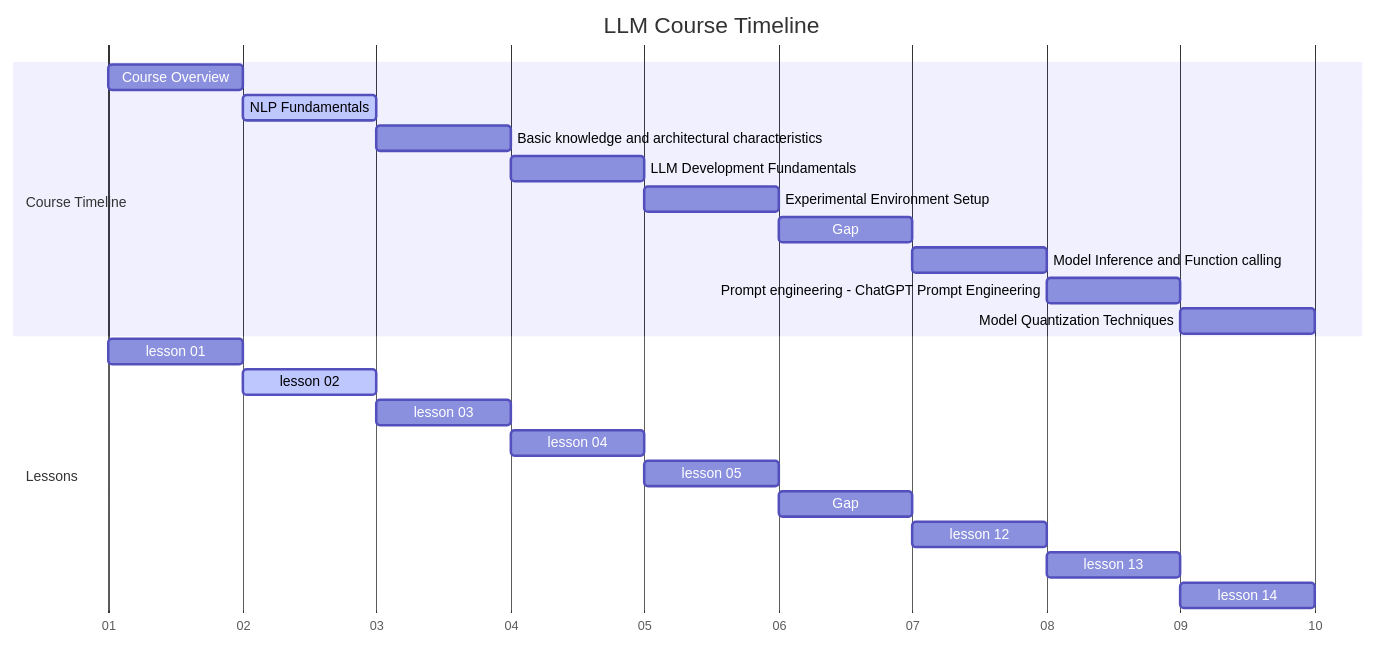
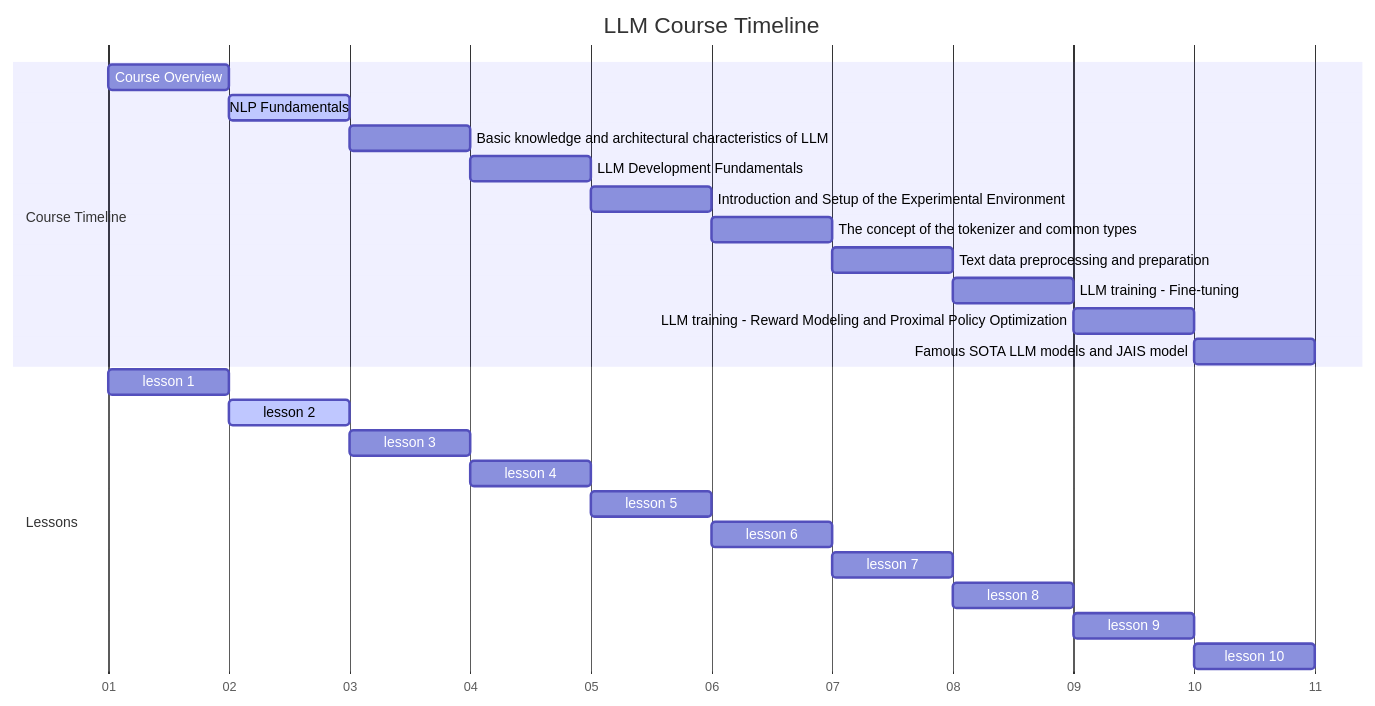
Before and after one commit to chenxingqiang/llm-course-chen: the first of 2 diagrams in notebooks/md/lesson_02_NLP_Fundamentals.md, drawn with Mermaid. The commit also changed other lines of this file and 10 other files, not shown here.

````diff
--- a/notebooks/md/lesson_02_NLP_Fundamentals.md
+++ b/notebooks/md/lesson_02_NLP_Fundamentals.md
@@ -3,26 +3,28 @@
 ```mermaid
 gantt
     title LLM Course Timeline
     dateFormat X
     axisFormat %d
     section Course Timeline
-    Course Overview                                     :a1, 0, 1d
-    NLP Fundamentals                                    :active,a2, after a1, 1d
-    Basic knowledge and architectural characteristics   :a3, after a2, 1d
-    LLM Development Fundamentals                        :a4, after a3, 1d
-    Experimental Environment Setup                      :a5, after a4, 1d
-    Gap                                                 :a6, after a5, 1d
-    Model Inference and Function calling                :a12, after a6, 1d
-    Prompt engineering - ChatGPT Prompt Engineering     :a13, after a12, 1d
-    Model Quantization Techniques                       :a14, after a13, 1d
+    Course Overview                                    :a1, 0, 1d
+    NLP Fundamentals                                   :active,a2, after a1, 1d
+    Basic knowledge and architectural characteristics of LLM :a3, after a2, 1d
+    LLM Development Fundamentals                       :a4, after a3, 1d
+    Introduction and Setup of the Experimental Environment :a5, after a4, 1d
+    The concept of the tokenizer and common types      :a6, after a5, 1d
+    Text data preprocessing and preparation            :a7, after a6, 1d
+    LLM training - Fine-tuning                         :a8, after a7, 1d
+    LLM training - Reward Modeling and Proximal Policy Optimization :a9, after a8, 1d
+    Famous SOTA LLM models and JAIS model              :a10, after a9, 1d
     section Lessons
-    lesson 01 :l1, 0, 1d
-    lesson 02 :active,l2, after l1, 1d
-    lesson 03 :l3, after l2, 1d
-    lesson 04 :l4, after l3, 1d
-    lesson 05 :l5, after l4, 1d
-    Gap       :l6, after l5, 1d
-    lesson 12 :l12, after l6, 1d
-    lesson 13 :l13, after l12, 1d
-    lesson 14 :l14, after l13, 1d
+    lesson 1  :l1, 0, 1d
+    lesson 2  :active,l2, after l1, 1d
+    lesson 3  :l3, after l2, 1d
+    lesson 4  :l4, after l3, 1d
+    lesson 5  :l5, after l4, 1d
+    lesson 6  :l6, after l5, 1d
+    lesson 7  :l7, after l6, 1d
+    lesson 8  :l8, after l7, 1d
+    lesson 9  :l9, after l8, 1d
+    lesson 10 :l10, after l9, 1d
 ```
````
